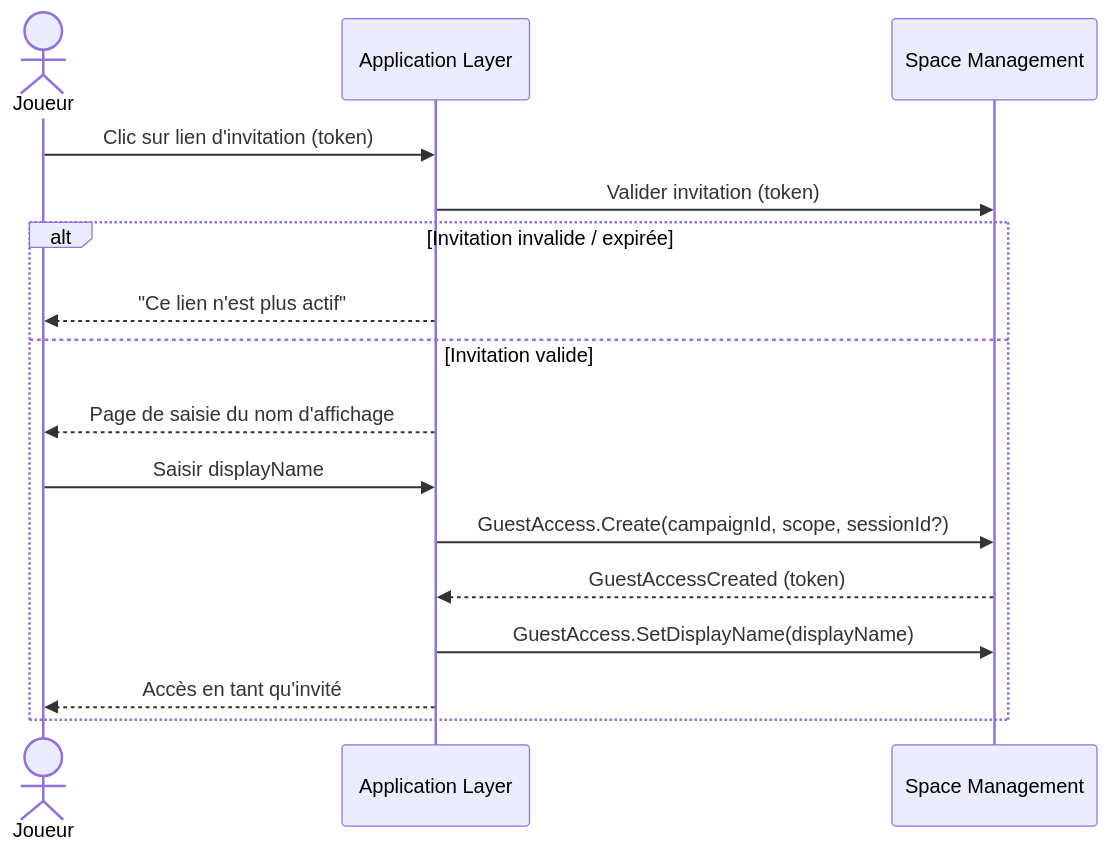
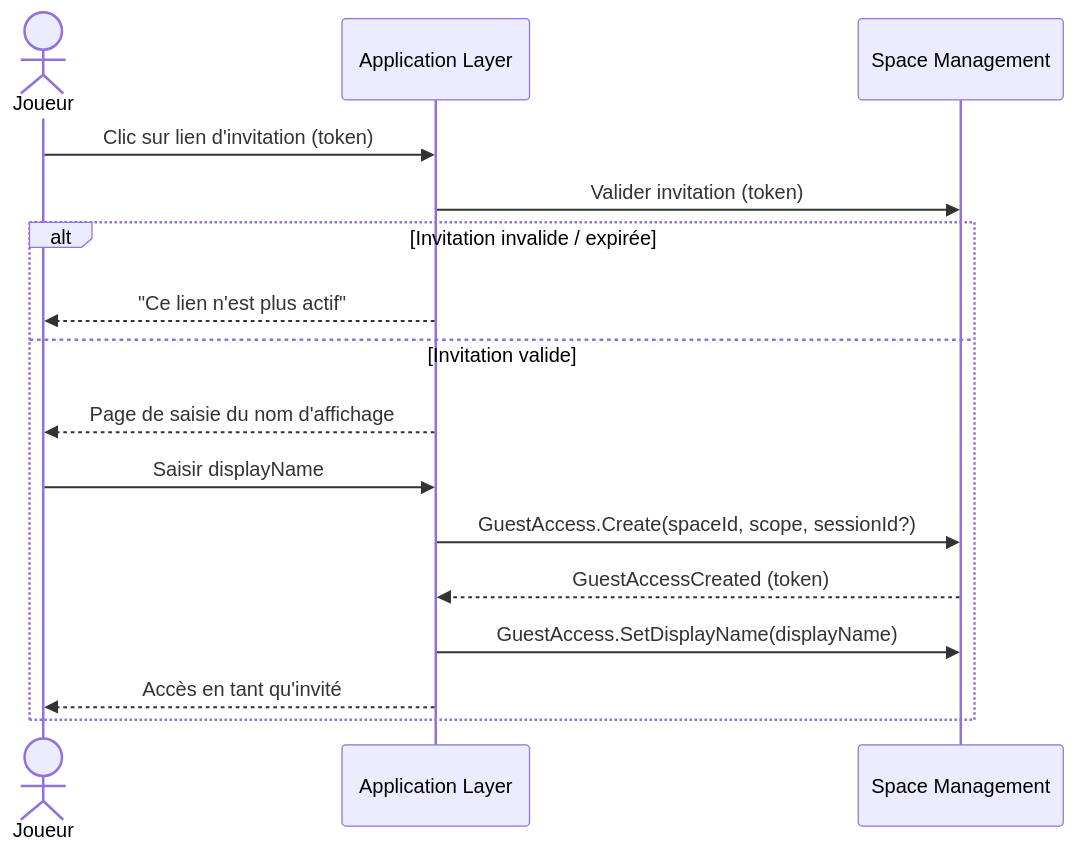
Before and after one commit to 2025-10-CDA-ECO-P6/PM-micro-saas: the fourth of 7 diagrams in docs/conception/domain/diagrams/flows/space-management.md, drawn with Mermaid. The commit also changed other lines of this file and 68 other files, not shown here.

First line of the commit message:
docs(corpus): renomme Campaign en Space et ajoute les spécifications techniques

````diff
--- a/docs/conception/domain/diagrams/flows/space-management.md
+++ b/docs/conception/domain/diagrams/flows/space-management.md
@@ -62,19 +62,19 @@
 ```mermaid
 sequenceDiagram
     actor Joueur
     participant App as Application Layer
-    participant CM as Space Management
+    participant SM as Space Management
 
     Joueur->>App: Clic sur lien d'invitation (token)
-    App->>CM: Valider invitation (token)
+    App->>SM: Valider invitation (token)
     alt Invitation invalide / expirée
         App-->>Joueur: "Ce lien n'est plus actif"
     else Invitation valide
         App-->>Joueur: Page de saisie du nom d'affichage
         Joueur->>App: Saisir displayName
-        App->>CM: GuestAccess.Create(campaignId, scope, sessionId?)
-        CM-->>App: GuestAccessCreated (token)
-        App->>CM: GuestAccess.SetDisplayName(displayName)
+        App->>SM: GuestAccess.Create(spaceId, scope, sessionId?)
+        SM-->>App: GuestAccessCreated (token)
+        App->>SM: GuestAccess.SetDisplayName(displayName)
         App-->>Joueur: Accès en tant qu'invité
     end
 ```
````
